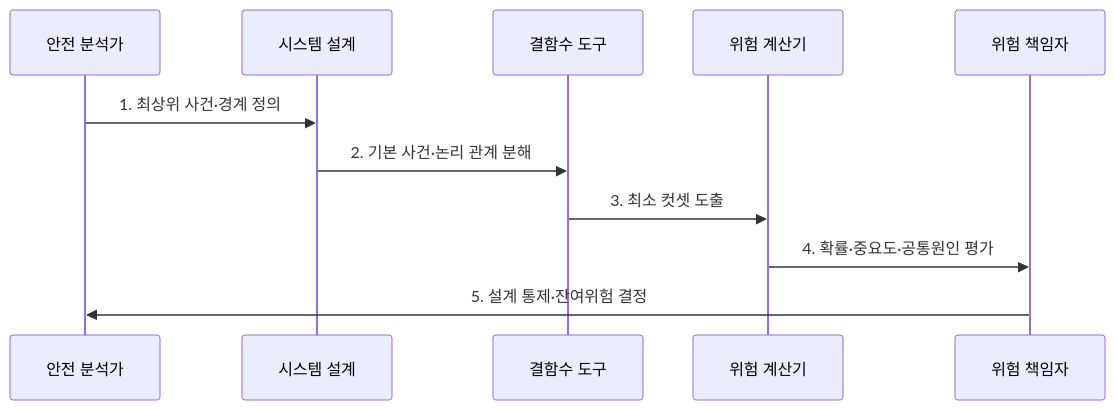
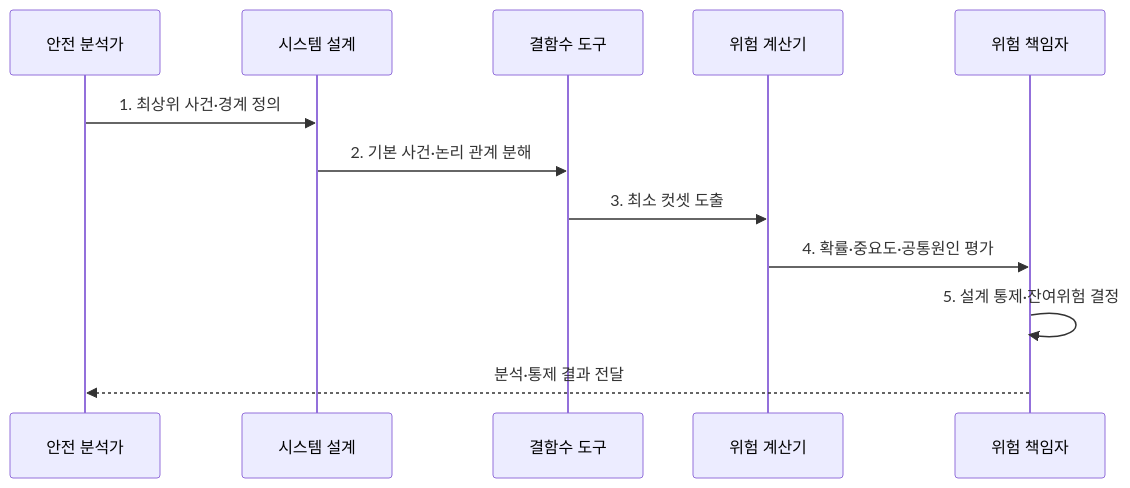
One commit to agnusdei1207/knowledge-base changed the second of 2 diagrams in src/content/docs/notes/06-evaluation/026_fault_tree_analysis.md. Above: the diagram before and after it, drawn with Mermaid. The commit also changed other lines of this file and 20 other files, not shown here.

````diff
--- a/src/content/docs/notes/06-evaluation/026_fault_tree_analysis.md
+++ b/src/content/docs/notes/06-evaluation/026_fault_tree_analysis.md
@@ -87,13 +87,14 @@
 ```mermaid
 sequenceDiagram
   participant A as 안전 분석가
   participant S as 시스템 설계
   participant T as 결함수 도구
   participant Q as 위험 계산기
   participant O as 위험 책임자
   A->>S: 1. 최상위 사건·경계 정의
   S->>T: 2. 기본 사건·논리 관계 분해
   T->>Q: 3. 최소 컷셋 도출
   Q->>O: 4. 확률·중요도·공통원인 평가
-  O->>A: 5. 설계 통제·잔여위험 결정
+  O->>O: 5. 설계 통제·잔여위험 결정
+  O-->>A: 분석·통제 결과 전달
 ```
````
